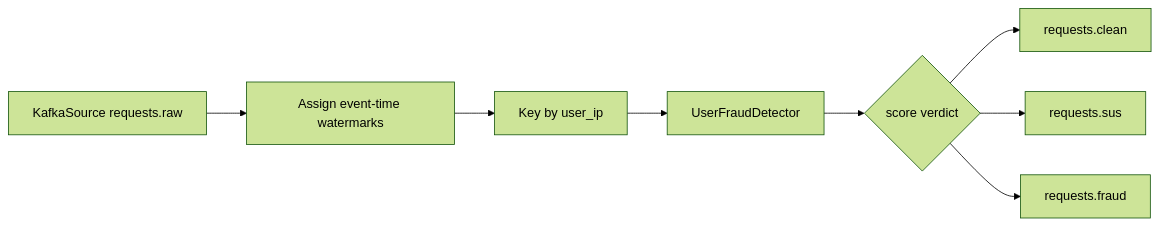
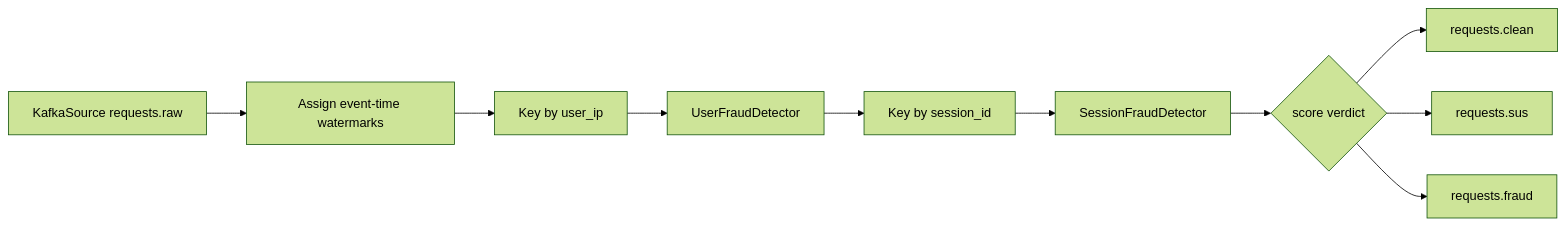
Before and after one commit to IamMistake/ai-ad-request-safety-pipeline: the diagram in docs/flink_processing.md, drawn with Mermaid (forest theme). The commit also changed other lines of this file and 5 other files, not shown here.

Commit message:
feat: add session fraud rules

````diff
--- a/docs/flink_processing.md
+++ b/docs/flink_processing.md
@@ -28,10 +29,12 @@
 ```mermaid
 flowchart LR
     A[KafkaSource requests.raw] --> B[Assign event-time watermarks]
     B --> C[Key by user_ip]
     C --> D[UserFraudDetector]
-    D --> E{score verdict}
-    E --> F[requests.clean]
-    E --> G[requests.sus]
-    E --> H[requests.fraud]
+    D --> E[Key by session_id]
+    E --> F[SessionFraudDetector]
+    F --> G{score verdict}
+    G --> H[requests.clean]
+    G --> I[requests.sus]
+    G --> J[requests.fraud]
 ```
````
